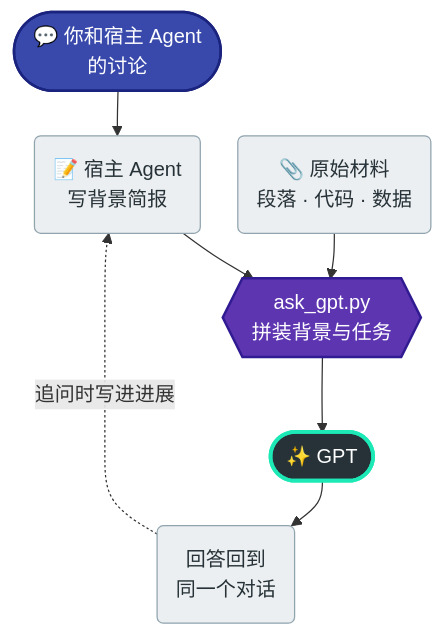
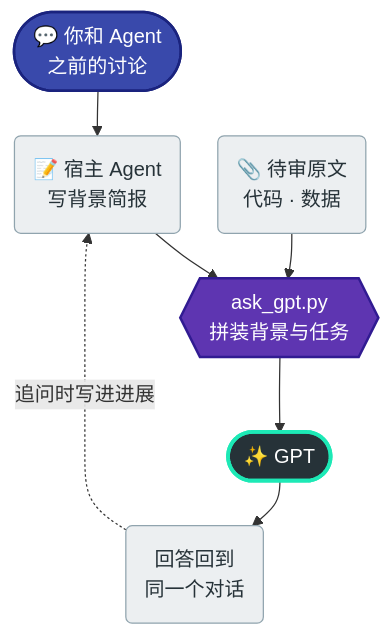
One commit to Stefansong/ask-gpt changed the second of 4 diagrams in README.md. Above: the diagram before and after it, drawn with Mermaid.

Commit message:
docs: 缩短背景简报流程图的两个标签，避免单字掉行

````diff
--- a/README.md
+++ b/README.md
@@ -102,20 +102,20 @@
 ```mermaid
 %%{init: {"flowchart": {"nodeSpacing": 30, "rankSpacing": 36}}}%%
 flowchart TB
-    C(["💬 你和宿主 Agent<br/>的讨论"]) --> B("📝 宿主 Agent<br/>写背景简报")
-    F("📎 原始材料<br/>段落 · 代码 · 数据")
+    C(["💬 你和 Agent<br/>之前的讨论"]) --> B("📝 宿主 Agent<br/>写背景简报")
+    F("📎 待审原文<br/>代码 · 数据")
     B --> P{{"ask_gpt.py<br/>拼装背景与任务"}}
     F --> P
     P --> G(["✨ GPT"])
     G --> R("回答回到<br/>同一个对话")
     R -.->|追问时写进进展| B
 
     classDef conv fill:#3949ab,stroke:#1a237e,color:#fff,stroke-width:2px
     classDef step fill:#eceff1,stroke:#90a4ae,color:#263238
     classDef tool fill:#5e35b1,stroke:#311b92,color:#fff,stroke-width:2px
     classDef gpt  fill:#263238,stroke:#1de9b6,color:#fff,stroke-width:3px
     class C conv
     class B,F,R step
     class P tool
     class G gpt
 ```
````
